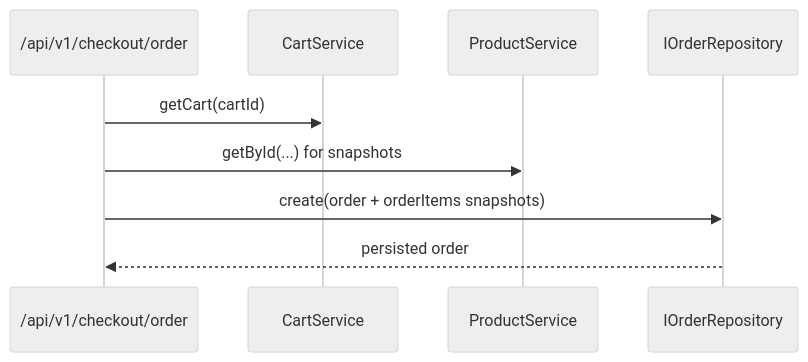
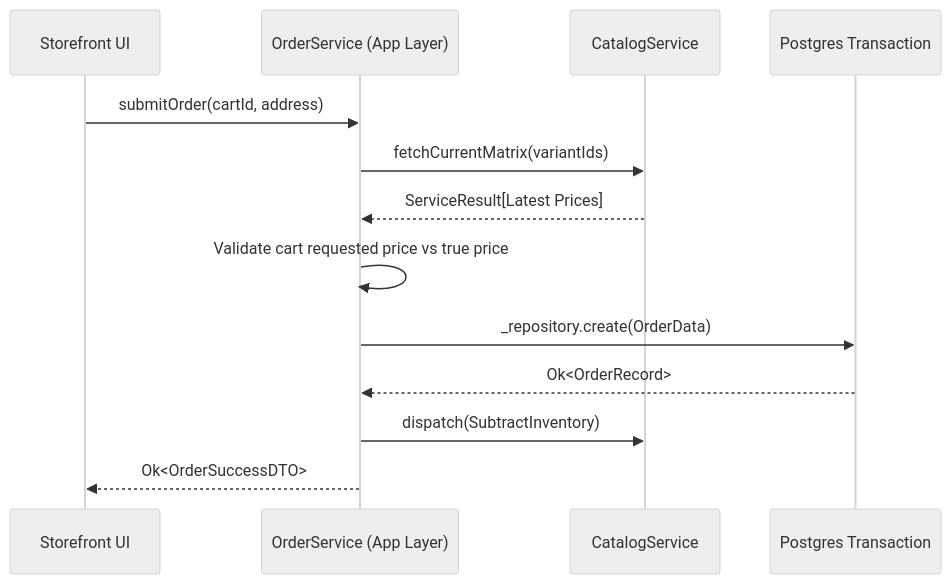
Before and after one commit to 3mrhussein/findeg: the diagram in packages/backend/src/features/order/README.md, drawn with Mermaid (neutral theme). The commit also changed other lines of this file and 94 other files, not shown here.

Commit message:
refactor: migrate database schema to centralized directory and clean up legacy documentation and core infrastructure files

````diff
--- a/packages/backend/src/features/order/README.md
+++ b/packages/backend/src/features/order/README.md
@@ -30,11 +25,16 @@
 ```mermaid
 sequenceDiagram
-    participant CheckoutAPI as /api/v1/checkout/order
-    participant Cart as CartService
-    participant Product as ProductService
-    participant Repo as IOrderRepository
-    CheckoutAPI->>Cart: getCart(cartId)
-    CheckoutAPI->>Product: getById(...) for snapshots
-    CheckoutAPI->>Repo: create(order + orderItems snapshots)
-    Repo-->>CheckoutAPI: persisted order
+    participant SF as Storefront UI
+    participant OS as OrderService (App Layer)
+    participant Cat as CatalogService
+    participant DB as Postgres Transaction
+
+    SF->>OS: submitOrder(cartId, address)
+    OS->>Cat: fetchCurrentMatrix(variantIds)
+    Cat-->>OS: ServiceResult[Latest Prices]
+    OS->>OS: Validate cart requested price vs true price
+    OS->>DB: _repository.create(OrderData)
+    DB-->>OS: Ok<OrderRecord>
+    OS->>Cat: dispatch(SubtractInventory)
+    OS-->>SF: Ok<OrderSuccessDTO>
 ```
````
